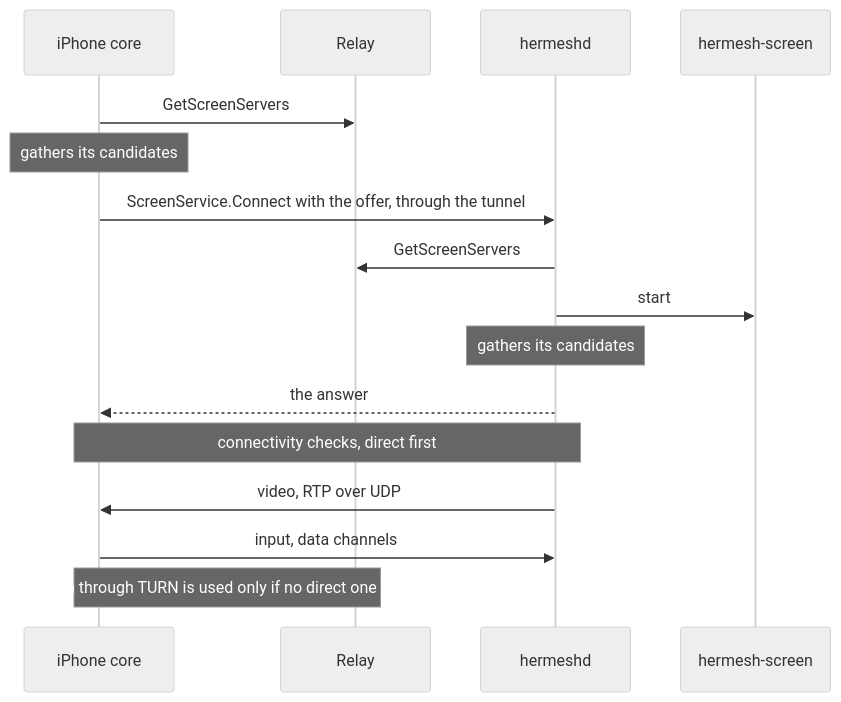
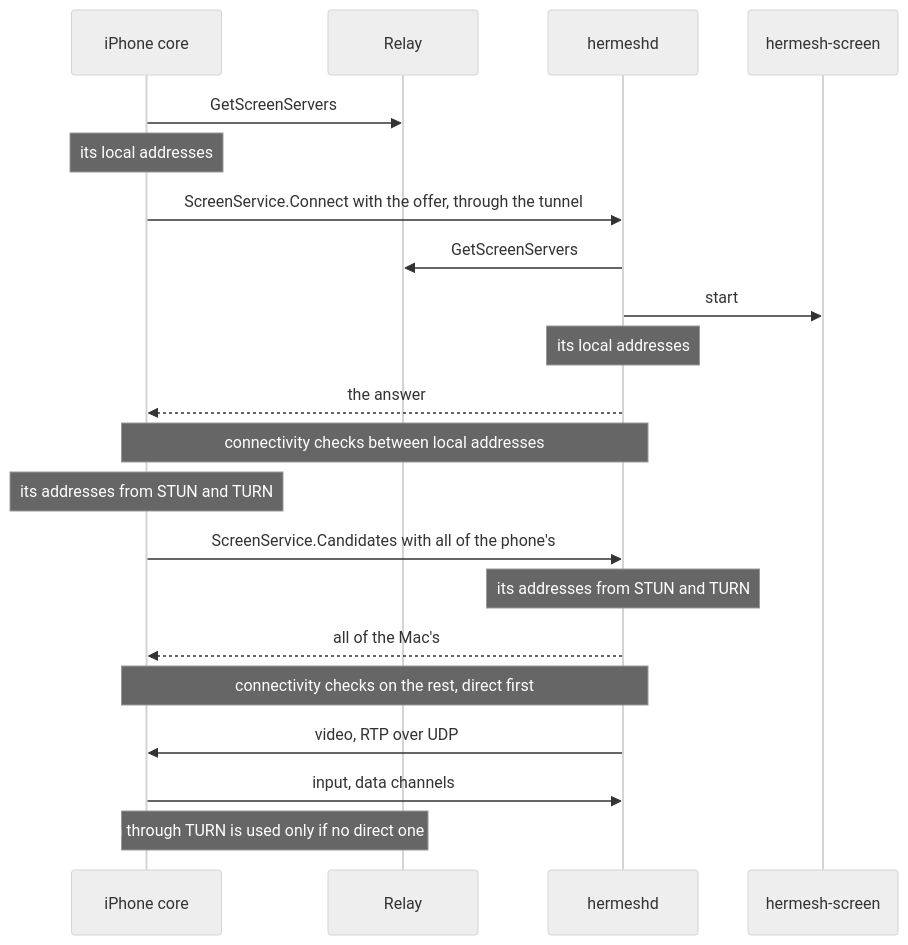
Before and after one commit to hermeshai/hermesh: the second of 2 diagrams in docs/computer-control.md, drawn with Mermaid (neutral theme). The commit also changed other lines of this file and 25 other files, not shown here.

````diff
--- a/docs/computer-control.md
+++ b/docs/computer-control.md
@@ -104,18 +106,23 @@
 ```mermaid
 sequenceDiagram
     participant P as iPhone core
     participant R as Relay
     participant D as hermeshd
     participant H as hermesh-screen
     P->>R: GetScreenServers
-    Note over P: gathers its candidates
+    Note over P: its local addresses
     P->>D: ScreenService.Connect with the offer, through the tunnel
     D->>R: GetScreenServers
     D->>H: start
-    Note over D: gathers its candidates
+    Note over D: its local addresses
     D-->>P: the answer
-    Note over P,D: connectivity checks, direct first
+    Note over P,D: connectivity checks between local addresses
+    Note over P: its addresses from STUN and TURN
+    P->>D: ScreenService.Candidates with all of the phone's
+    Note over D: its addresses from STUN and TURN
+    D-->>P: all of the Mac's
+    Note over P,D: connectivity checks on the rest, direct first
     D->>P: video, RTP over UDP
     P->>D: input, data channels
     Note over P,R: a path through TURN is used only if no direct one works
 ```
````
